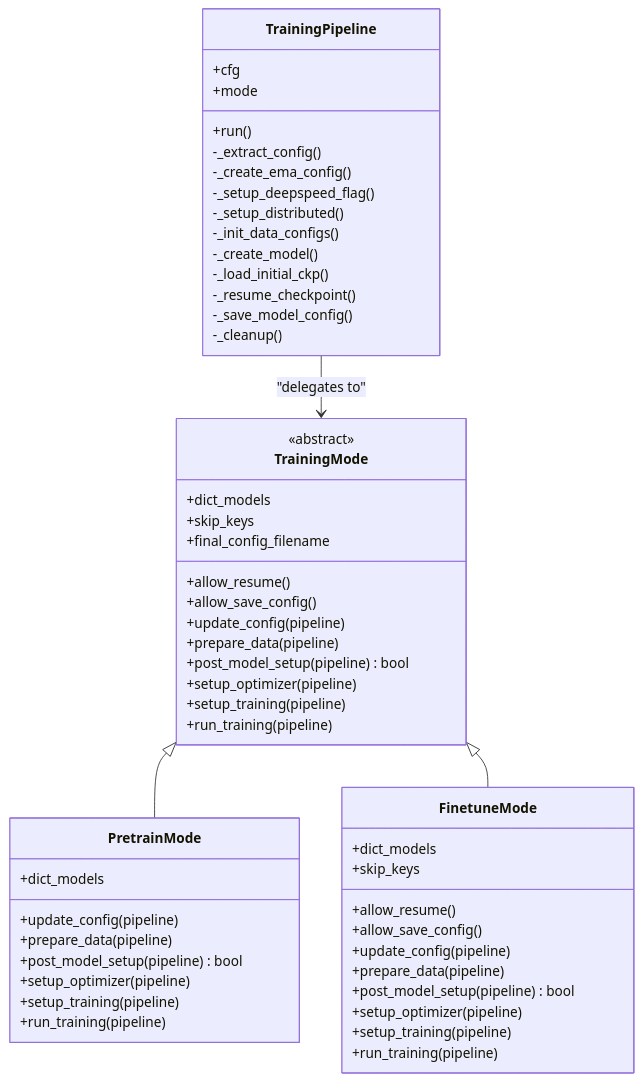
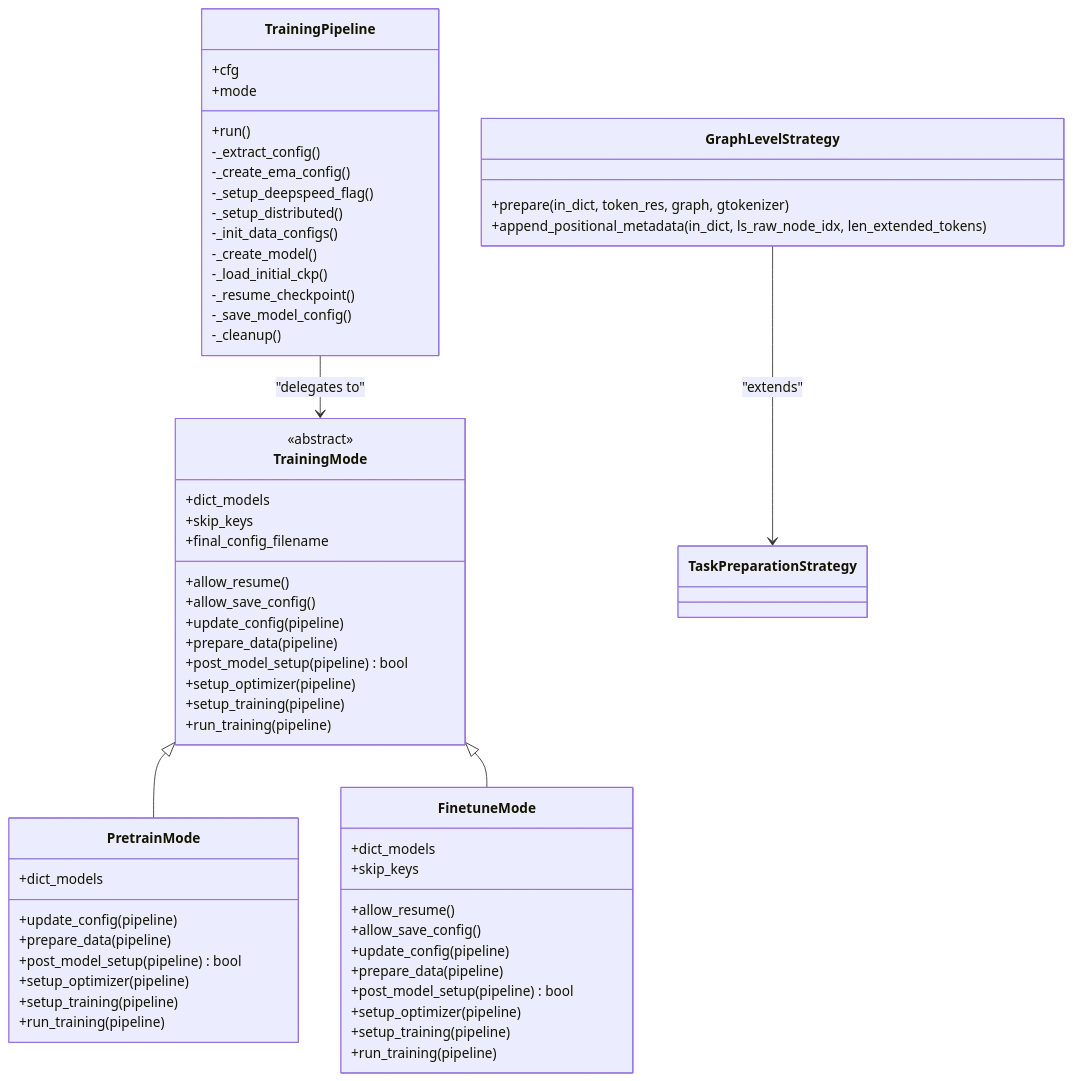
One commit to alibaba/graph-gpt changed the second of 4 diagrams in .qoder/repowiki/en/content/Training Pipeline/Unified Pipeline Orchestration.md. Above: the diagram before and after it, drawn with Mermaid. The commit also changed other lines of this file and 7 other files, not shown here.

Commit message:
update graph-lvl bash files

````diff
--- a/.qoder/repowiki/en/content/Training Pipeline/Unified Pipeline Orchestration.md
+++ b/.qoder/repowiki/en/content/Training Pipeline/Unified Pipeline Orchestration.md
@@ -118,56 +152,61 @@
 ```mermaid
 classDiagram
 class TrainingPipeline {
 +cfg
 +mode
 +run()
 -_extract_config()
 -_create_ema_config()
 -_setup_deepspeed_flag()
 -_setup_distributed()
 -_init_data_configs()
 -_create_model()
 -_load_initial_ckp()
 -_resume_checkpoint()
 -_save_model_config()
 -_cleanup()
 }
 class TrainingMode {
 <<abstract>>
 +dict_models
 +skip_keys
 +allow_resume()
 +allow_save_config()
 +final_config_filename
 +update_config(pipeline)
 +prepare_data(pipeline)
 +post_model_setup(pipeline) bool
 +setup_optimizer(pipeline)
 +setup_training(pipeline)
 +run_training(pipeline)
 }
 class PretrainMode {
 +dict_models
 +update_config(pipeline)
 +prepare_data(pipeline)
 +post_model_setup(pipeline) bool
 +setup_optimizer(pipeline)
 +setup_training(pipeline)
 +run_training(pipeline)
 }
 class FinetuneMode {
 +dict_models
 +skip_keys
 +allow_resume()
 +allow_save_config()
 +update_config(pipeline)
 +prepare_data(pipeline)
 +post_model_setup(pipeline) bool
 +setup_optimizer(pipeline)
 +setup_training(pipeline)
 +run_training(pipeline)
 }
+class GraphLevelStrategy {
++prepare(in_dict, token_res, graph, gtokenizer)
++append_positional_metadata(in_dict, ls_raw_node_idx, len_extended_tokens)
+}
 TrainingPipeline --> TrainingMode : "delegates to"
 TrainingMode <|-- PretrainMode
 TrainingMode <|-- FinetuneMode
+GraphLevelStrategy --> TaskPreparationStrategy : "extends"
 ```
````
